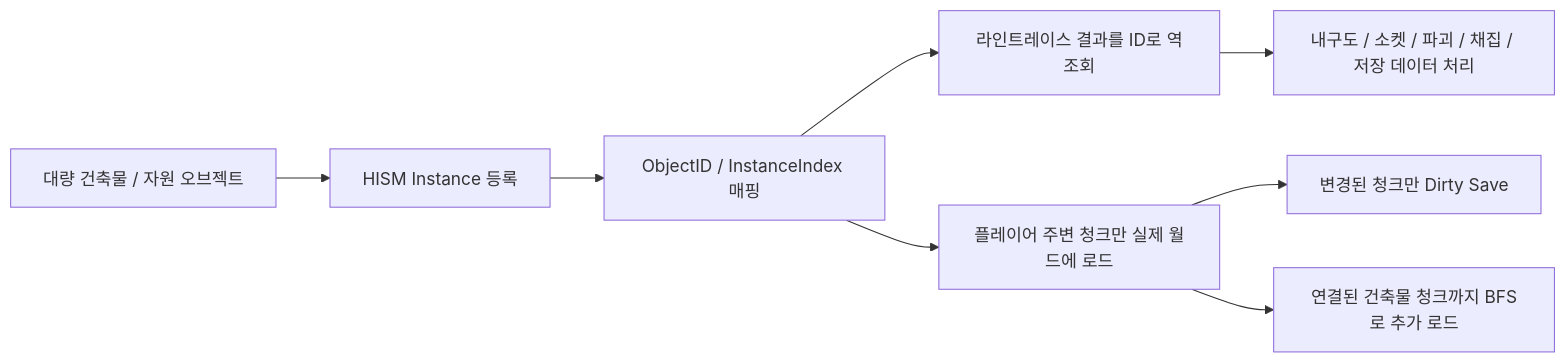
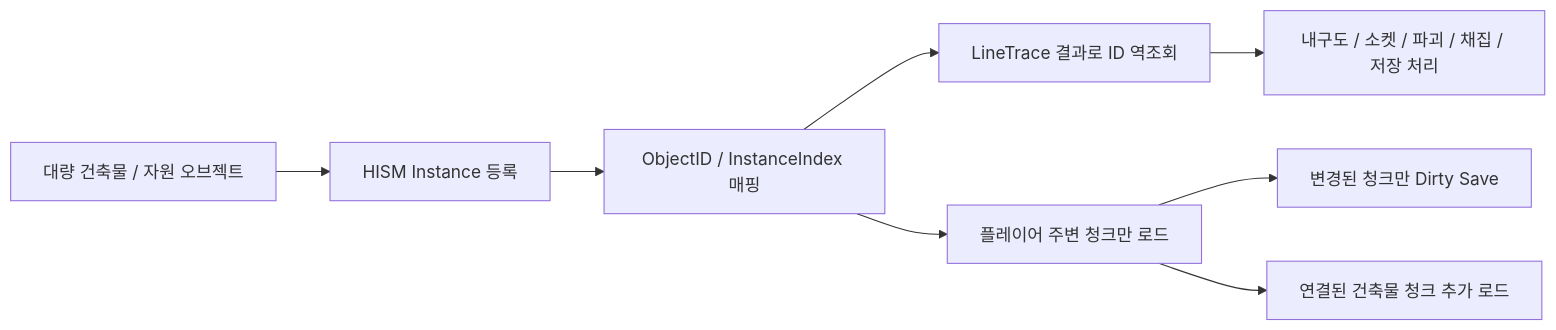
The first of 2 diagrams in README.md (tjwjdah/Unreal4.26_Portfolio), drawn with Mermaid before and after one commit. The commit also changed other lines of this file, not shown here.

````diff
--- a/README.md
+++ b/README.md
@@ -71,10 +72,10 @@
 ```mermaid
 flowchart LR
     A[대량 건축물 / 자원 오브젝트] --> B[HISM Instance 등록]
     B --> C[ObjectID / InstanceIndex 매핑]
-    C --> D[라인트레이스 결과를 ID로 역조회]
-    D --> E[내구도 / 소켓 / 파괴 / 채집 / 저장 데이터 처리]
-    C --> F[플레이어 주변 청크만 실제 월드에 로드]
+    C --> D[LineTrace 결과로 ID 역조회]
+    D --> E[내구도 / 소켓 / 파괴 / 채집 / 저장 처리]
+    C --> F[플레이어 주변 청크만 로드]
     F --> G[변경된 청크만 Dirty Save]
-    F --> H[연결된 건축물 청크까지 BFS로 추가 로드]
+    F --> H[연결된 건축물 청크 추가 로드]
 ```
````
